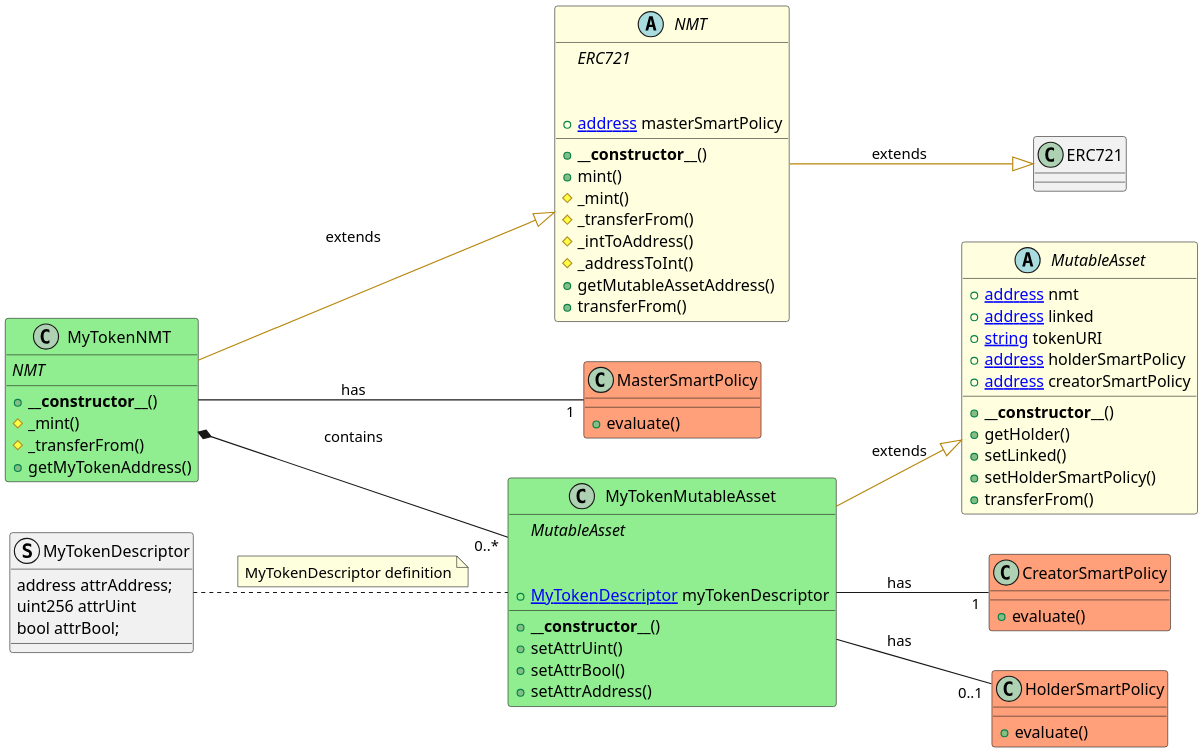
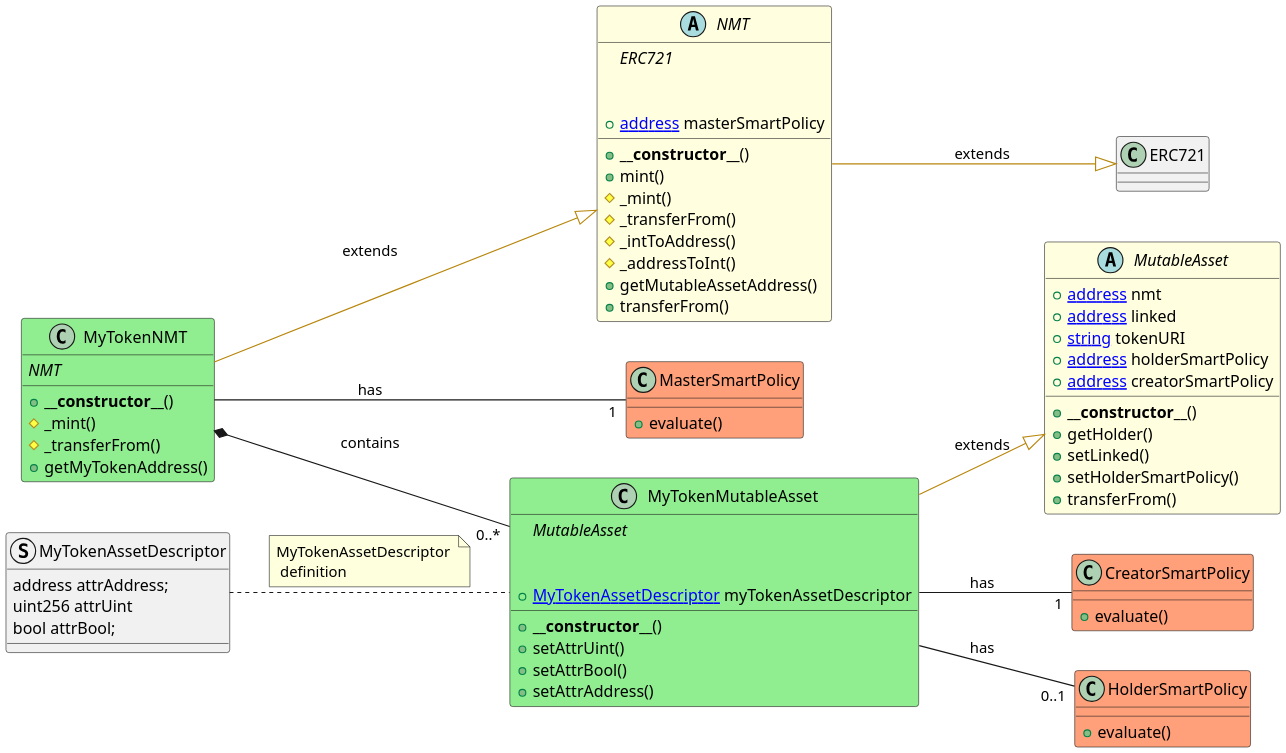
Before and after one commit to d0na/NMT-contracts: the diagram in contracts/MyToken/uml-DiagramClass@myToken.wsd, drawn with PlantUML. The commit also changed 13 other files, not shown here.

```diff
--- a/contracts/MyToken/uml-DiagramClass@myToken.wsd
+++ b/contracts/MyToken/uml-DiagramClass@myToken.wsd
@@ -188,15 +188,15 @@
 
 MyTokenMutableAsset --[#DarkGoldenRod]|> MutableAsset : extends
 
-struct  MyTokenDescriptor {
+struct  MyTokenAssetDescriptor {
     address attrAddress;
     uint256 attrUint
     bool attrBool;
 }
 
 
-MyTokenDescriptor .. MyTokenMutableAsset 
-note on link: MyTokenDescriptor definition
+MyTokenAssetDescriptor .. MyTokenMutableAsset 
+note on link: MyTokenAssetDescriptor \n definition
 
 class MyTokenMutableAsset #LightGreen {
     ' -- inheritance --
@@ -205,7 +205,7 @@
     ' -- usingFor --
 
     ' -- vars --
-	+[[MyTokenDescriptor]] myTokenDescriptor
+	+[[MyTokenAssetDescriptor]] myTokenAssetDescriptor
 
     ' -- methods --
 	+**__constructor__**()
```
